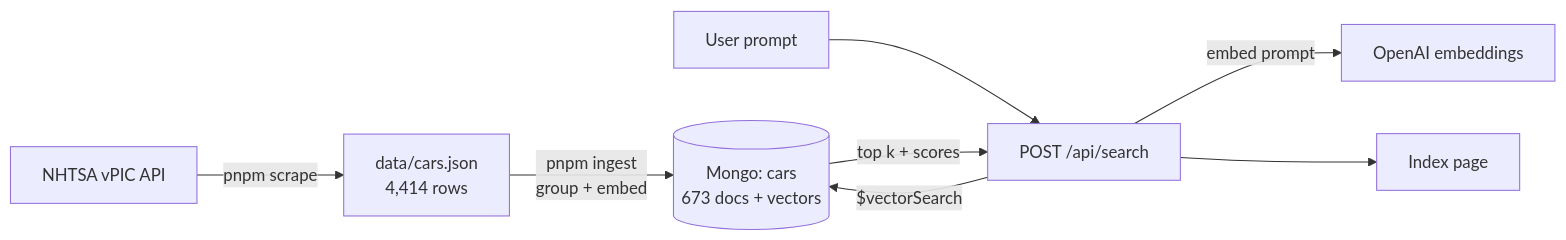
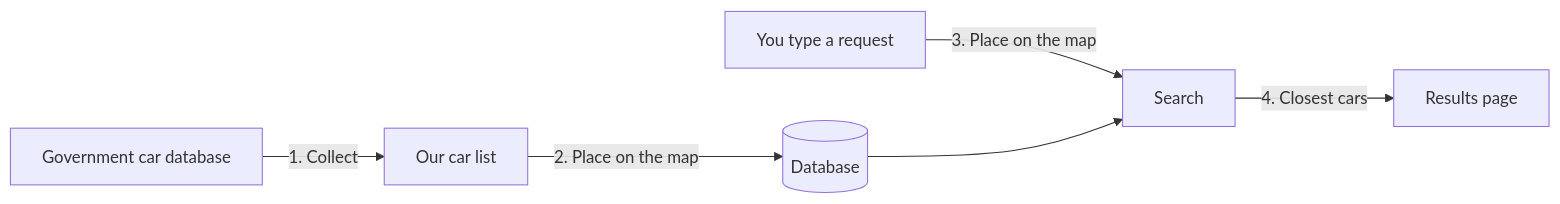
Before and after one commit to ClarkGH/VectorRAGNuxt: the diagram in docs/rag.md, drawn with Mermaid. The commit also changed other lines of this file and 1 other file, not shown here.

````diff
--- a/docs/rag.md
+++ b/docs/rag.md
@@ -7,9 +22,7 @@
 ```mermaid
 flowchart LR
-  vpic[NHTSA vPIC API] -->|pnpm scrape| json[data/cars.json<br/>4,414 rows]
-  json -->|pnpm ingest<br/>group + embed| mongo[(Mongo: cars<br/>673 docs + vectors)]
-  user[User prompt] --> api[POST /api/search]
-  api -->|embed prompt| openai[OpenAI embeddings]
-  api -->|$vectorSearch| mongo
-  mongo -->|top k + scores| api --> page[Index page]
+  a[Government car database] -->|1. Collect| b[Our car list]
+  b -->|2. Place on the map| c[(Database)]
+  d[You type a request] -->|3. Place on the map| e[Search]
+  c --> e -->|4. Closest cars| f[Results page]
 ```
````
